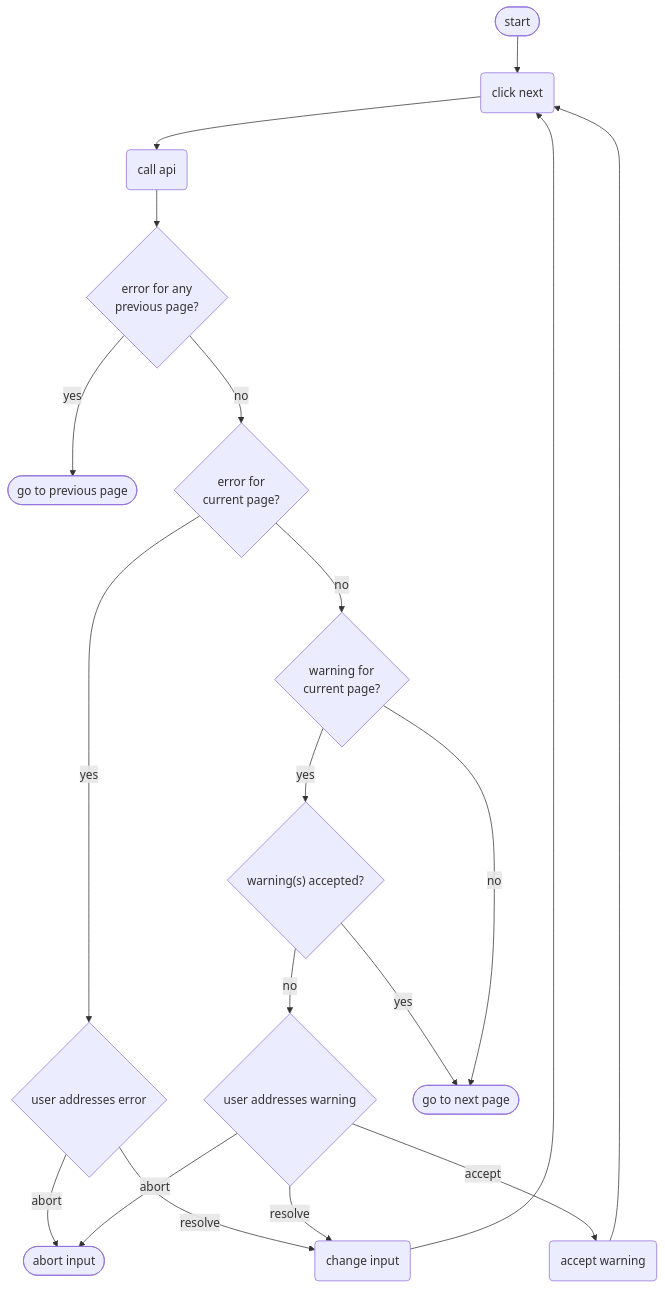
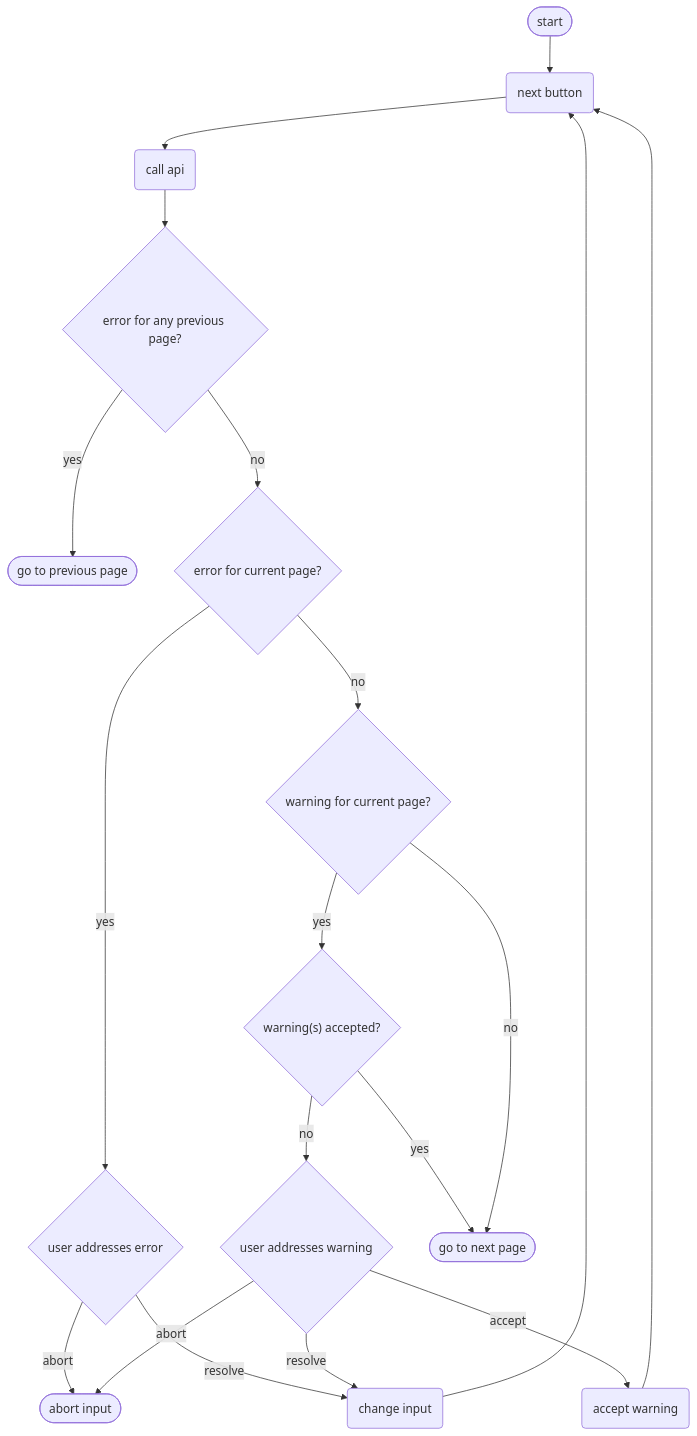
The third of 4 diagrams in documentatie/flowcharts/data-entry-forms.md (kiesraad/abacus), drawn with Mermaid before and after one commit. The commit also changed other lines of this file, not shown here.

First line of the commit message:
Flowchart: Remove line breaks and word 'click'

````diff
--- a/documentatie/flowcharts/data-entry-forms.md
+++ b/documentatie/flowcharts/data-entry-forms.md
@@ -122,53 +115,49 @@
 ```mermaid
 flowchart TD
 
     %% elements
     flow-start([start])
     go-to-prev-page([go to previous page])
     abort-input([abort input])
 
-    error-any-prev-page{"error for any
-        previous page?"}
-    error-cur-page{"error for 
-        current page?"}
-    warning-cur-page{"warning for
-        current page?"}
+    error-any-prev-page{"error for any previous page?"}
+    error-cur-page{"error for current page?"}
+    warning-cur-page{"warning for current page?"}
     warnings-accepted{"warning(s) accepted?"}
     user-addresses-error{user addresses error}
 
     user-addresses-warning{user addresses warning}
 
-    click-next(click next)
+    next-button(next button)
     call-api(call api)
     change-input(change input)
     accept-warning(accept warning)
 
     go-to-next-page([go to next page])
 
     %% flow
-    flow-start --> click-next
-    click-next --> call-api
+    flow-start --> next-button
+    next-button --> call-api
     call-api --> error-any-prev-page
 
     error-any-prev-page -- yes --> go-to-prev-page
 
     error-any-prev-page -- no --> error-cur-page
 
     error-cur-page -- yes --> user-addresses-error
     
     user-addresses-error -- abort --> abort-input
     user-addresses-error -- resolve --> change-input
-    change-input --> click-next
+    change-input --> next-button
 
     error-cur-page -- no --> warning-cur-page
     warning-cur-page -- yes --> warnings-accepted
     warnings-accepted -- no --> user-addresses-warning
     warnings-accepted -- yes --> go-to-next-page
     user-addresses-warning -- resolve --> change-input
     user-addresses-warning -- accept --> accept-warning
-    accept-warning --> click-next
+    accept-warning --> next-button
     user-addresses-warning -- abort --> abort-input
 
     warning-cur-page -- no --> go-to-next-page
-
 ```
````
